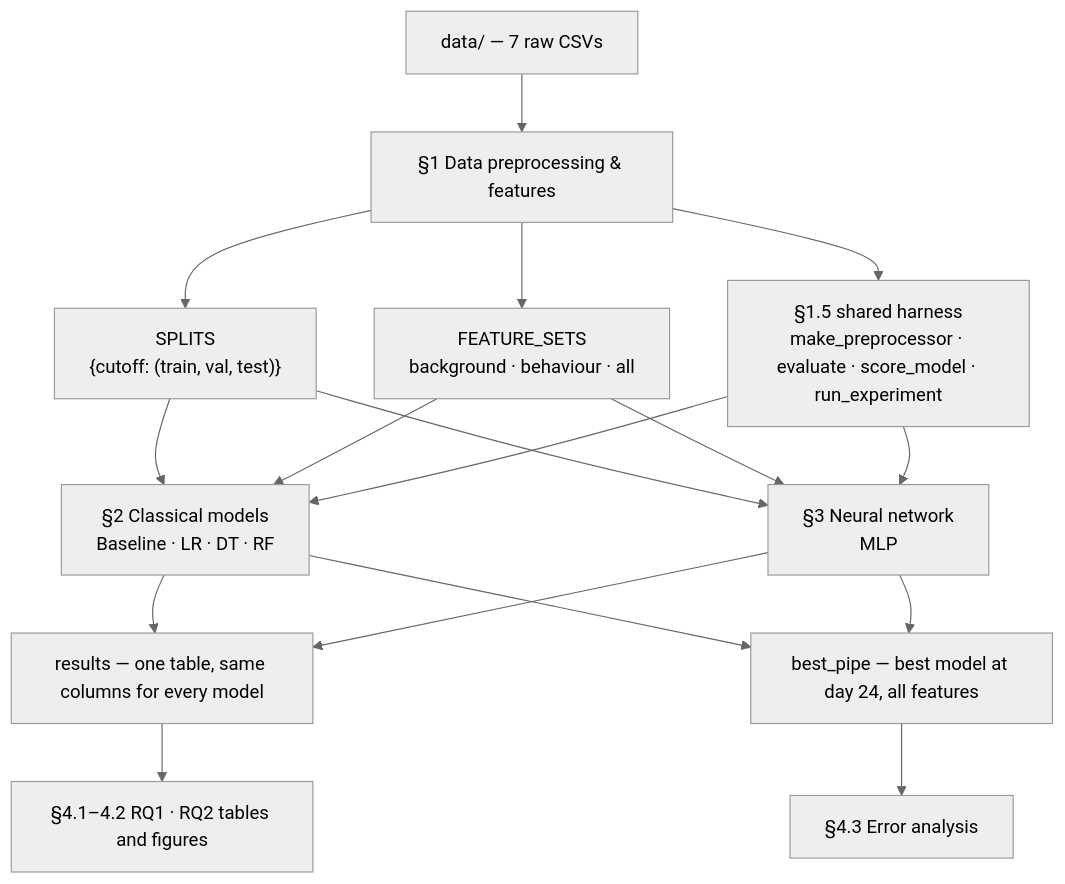
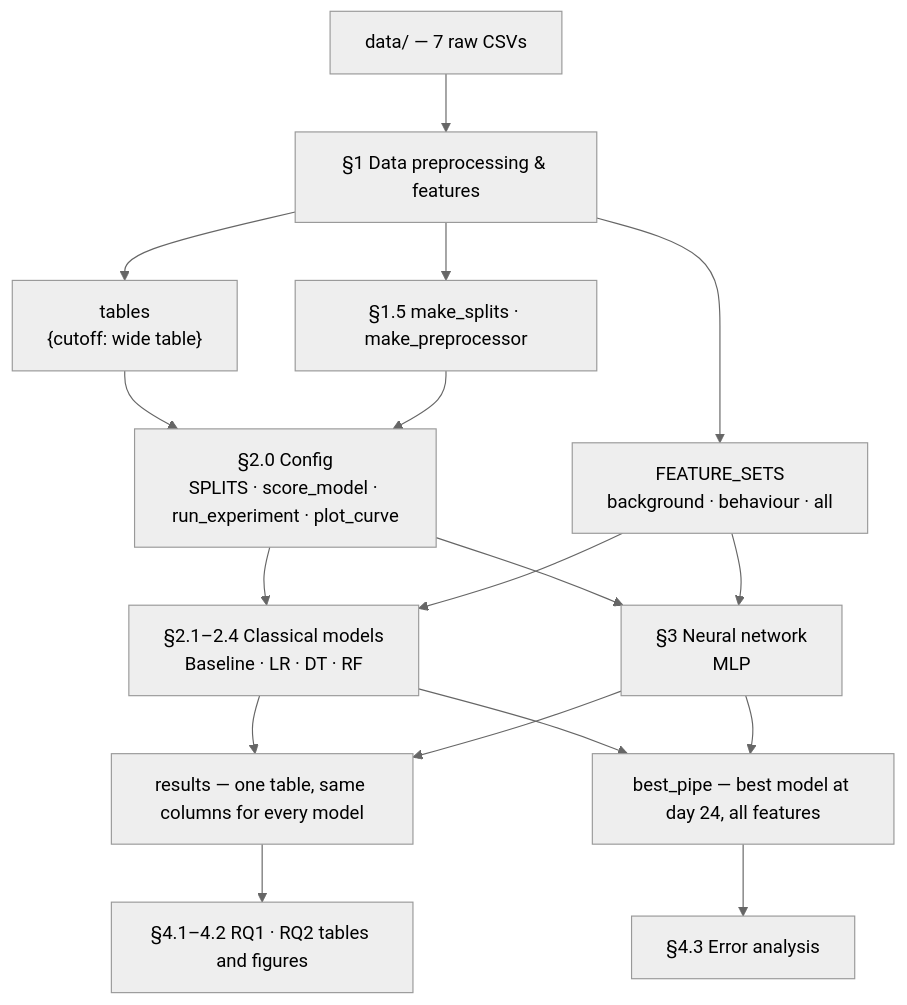
One commit to guangyu11/OULAD-Prediction changed the first of 2 diagrams in README.md. Above: the diagram before and after it, drawn with Mermaid (neutral theme). The commit also changed other lines of this file and 3 other files, not shown here.

````diff
--- a/README.md
+++ b/README.md
@@ -57,15 +63,16 @@
 ```mermaid
 flowchart TD
     raw["data/ — 7 raw CSVs"] --> s1["§1 Data preprocessing & features"]
-    s1 --> splits["SPLITS<br/>{cutoff: (train, val, test)}"]
+    s1 --> tables["tables<br/>{cutoff: wide table}"]
     s1 --> fsets["FEATURE_SETS<br/>background · behaviour · all"]
-    s1 --> harness["§1.5 shared harness<br/>make_preprocessor · evaluate · score_model · run_experiment"]
-    splits & fsets & harness --> s2["§2 Classical models<br/>Baseline · LR · DT · RF"]
-    splits & fsets & harness --> s3["§3 Neural network<br/>MLP"]
+    s1 --> h15["§1.5 make_splits · make_preprocessor"]
+    tables & h15 --> s20["§2.0 Config<br/>SPLITS · score_model · run_experiment · plot_curve"]
+    s20 & fsets --> s2["§2.1–2.4 Classical models<br/>Baseline · LR · DT · RF"]
+    s20 & fsets --> s3["§3 Neural network<br/>MLP"]
     s2 --> res["results — one table, same columns for every model"]
     s3 --> res
     s2 --> bp["best_pipe — best model at day 24, all features"]
     s3 --> bp
     res --> s4["§4.1–4.2 RQ1 · RQ2 tables and figures"]
     bp --> s4e["§4.3 Error analysis"]
 ```
````
